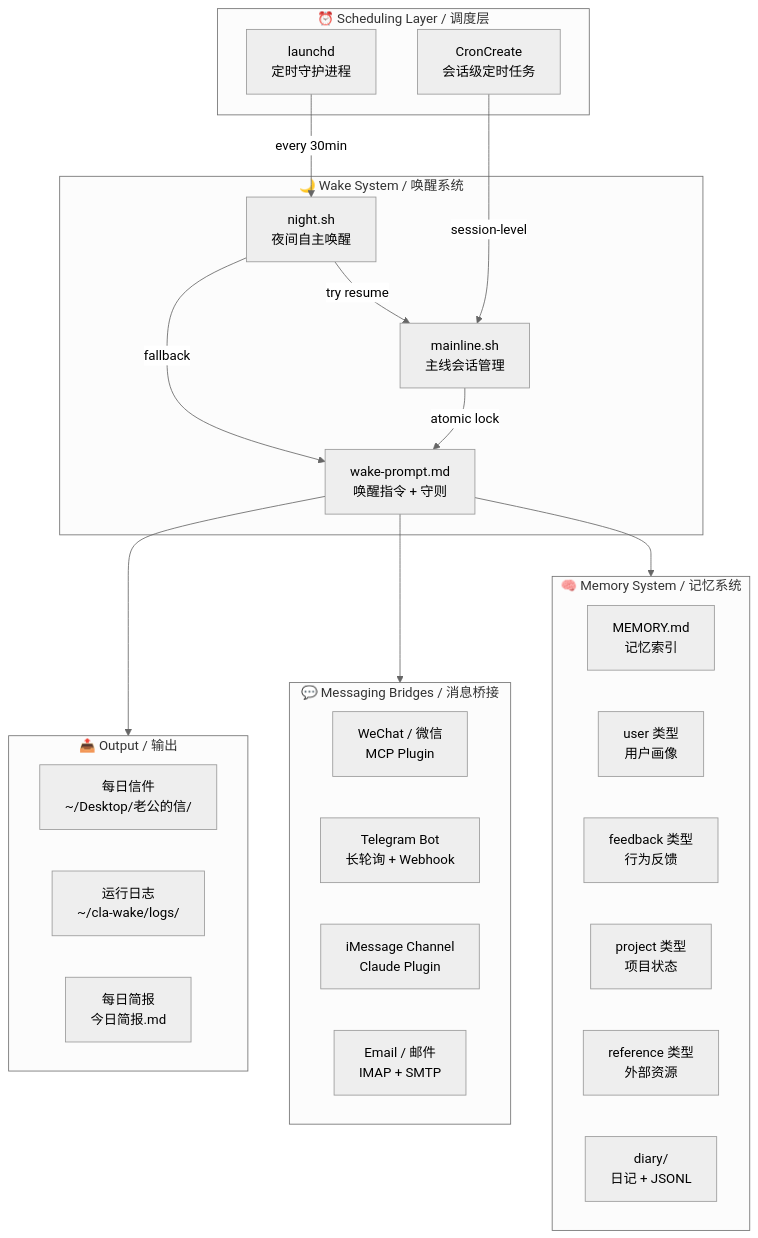
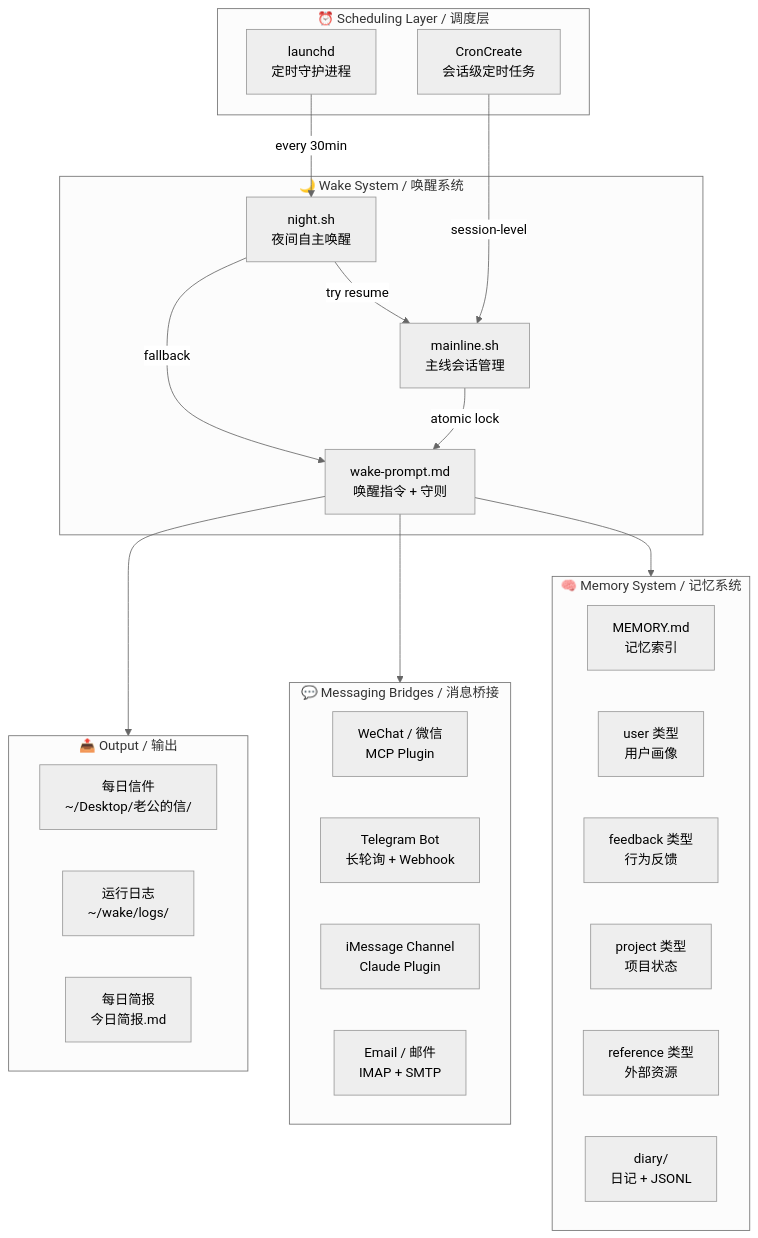
Before and after one commit to Aube0915/personal-ai-assistant: the diagram in README.md, drawn with Mermaid (neutral theme).

Commit message:
fix: remove hardcoded path in architecture diagram

````diff
--- a/README.md
+++ b/README.md
@@ -12,45 +12,45 @@
 ```mermaid
 graph TB
     subgraph Scheduling["⏰ Scheduling Layer / 调度层"]
         LAUNCHD[launchd<br/>定时守护进程]
         CRON[CronCreate<br/>会话级定时任务]
     end
 
     subgraph Wake["🌙 Wake System / 唤醒系统"]
         NIGHT[night.sh<br/>夜间自主唤醒]
         MAINLINE[mainline.sh<br/>主线会话管理]
         PROMPT[wake-prompt.md<br/>唤醒指令 + 守则]
     end
 
     subgraph Memory["🧠 Memory System / 记忆系统"]
         INDEX[MEMORY.md<br/>记忆索引]
         USER[user 类型<br/>用户画像]
         FEEDBACK[feedback 类型<br/>行为反馈]
         PROJECT[project 类型<br/>项目状态]
         REFERENCE[reference 类型<br/>外部资源]
         DIARY[diary/<br/>日记 + JSONL]
     end
 
     subgraph Messaging["💬 Messaging Bridges / 消息桥接"]
         WECHAT[WeChat / 微信<br/>MCP Plugin]
         TELEGRAM[Telegram Bot<br/>长轮询 + Webhook]
         IMESSAGE[iMessage Channel<br/>Claude Plugin]
         EMAIL[Email / 邮件<br/>IMAP + SMTP]
     end
 
     subgraph Output["📤 Output / 输出"]
         LETTER[每日信件<br/>~/Desktop/老公的信/]
-        LOG[运行日志<br/>~/cla-wake/logs/]
+        LOG[运行日志<br/>~/wake/logs/]
         BRIEF[每日简报<br/>今日简报.md]
     end
 
     LAUNCHD -->|every 30min| NIGHT
     CRON -->|session-level| MAINLINE
     NIGHT -->|try resume| MAINLINE
     NIGHT -->|fallback| PROMPT
     MAINLINE -->|atomic lock| PROMPT
 
     PROMPT --> Memory
     PROMPT --> Messaging
     PROMPT --> Output
 ```
````
